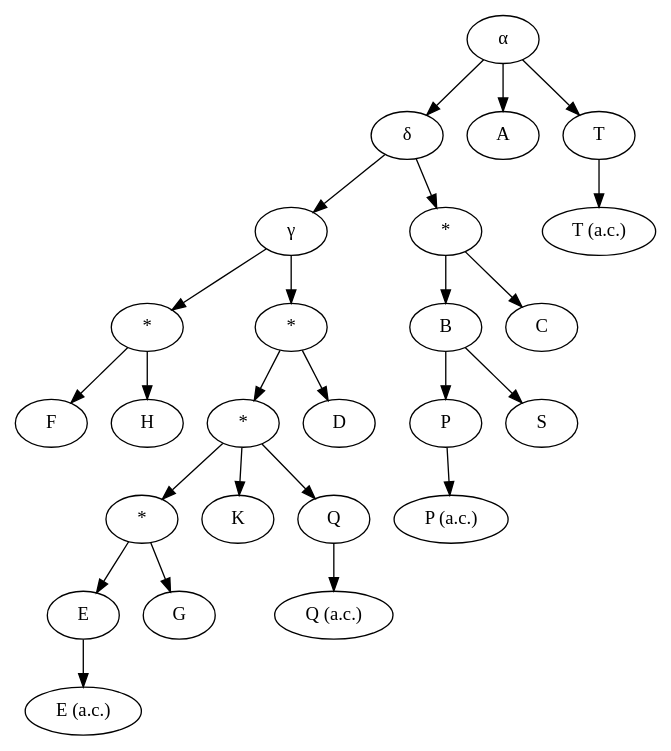
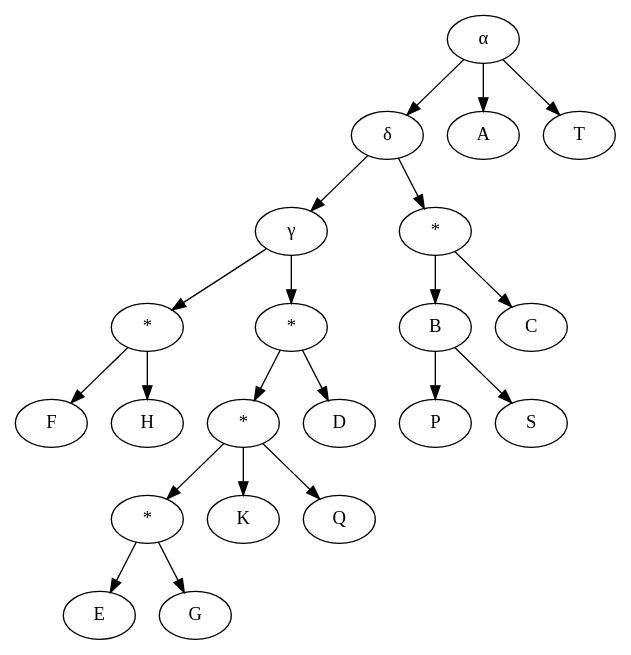
Before and after one commit to tla/stemmatology: the diagram in t/data/florilegium.dot, drawn with Graphviz. The commit also changed 2 other files, not shown here.

```diff
--- a/t/data/florilegium.dot
+++ b/t/data/florilegium.dot
@@ -1,51 +1,43 @@
 digraph Stemma {
     "α" [ class=hypothetical ];
     "γ" [ class=hypothetical ];
     "δ" [ class=hypothetical ];
     2 [ class=hypothetical,label="*" ];
     3 [ class=hypothetical,label="*" ];
     4 [ class=hypothetical,label="*" ];
     5 [ class=hypothetical,label="*" ];
     7 [ class=hypothetical,label="*" ];
     A [ class=extant ];
     B [ class=extant ];
     C [ class=extant ];
     D [ class=extant ];
     E [ class=extant ];
-    "E (a.c.)" [ class=extant ];
     F [ class=extant ];
     G [ class=extant ];
     H [ class=extant ];
     K [ class=extant ];
     P [ class=extant ];
-    "P (a.c.)" [ class=extant ];
     Q [ class=extant ];
-    "Q (a.c.)" [ class=extant ];
     S [ class=extant ];
     T [ class=extant ];
-    "T (a.c.)" [ class=extant ];
     "α" -> A;
     "α" -> T;
-    T -> "T (a.c.)";
     "α" -> "δ";
     "δ" -> 2;
     2 -> C;
     2 -> B;
     B -> P;
-    P -> "P (a.c.)";
     B -> S;
     "δ" -> "γ";
     "γ" -> 3;
     3 -> F;
     3 -> H;
     "γ" -> 4;
     4 -> D;
     4 -> 5;
     5 -> Q;
-    Q -> "Q (a.c.)";
     5 -> K;
     5 -> 7;
     7 -> E;
-    E -> "E (a.c.)";
     7 -> G;
 }
```
